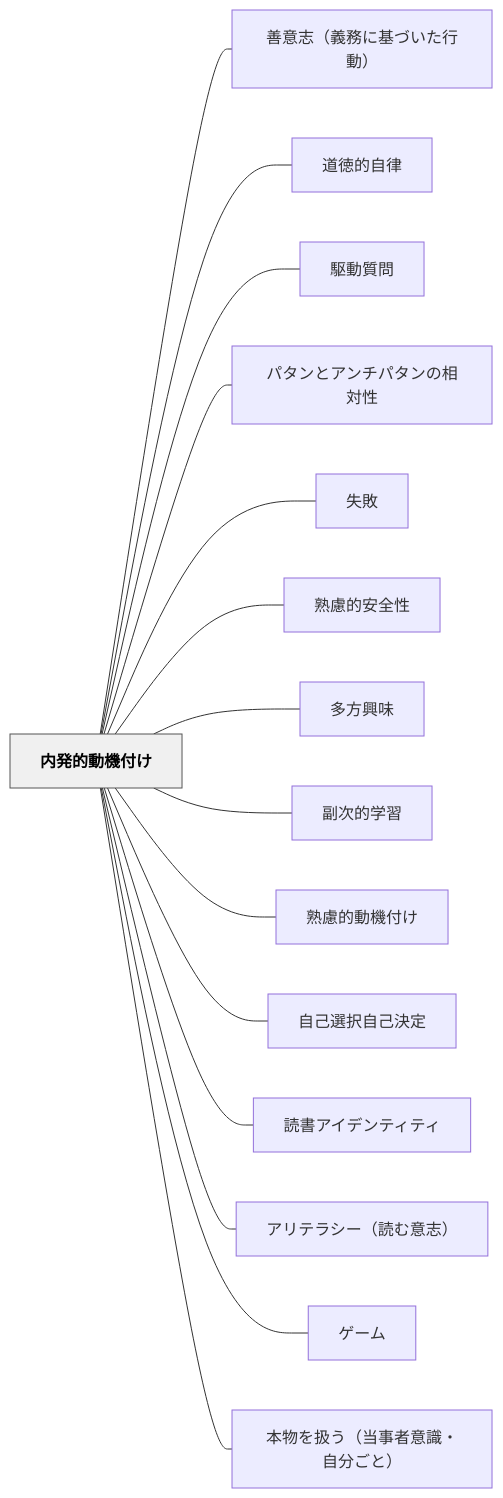
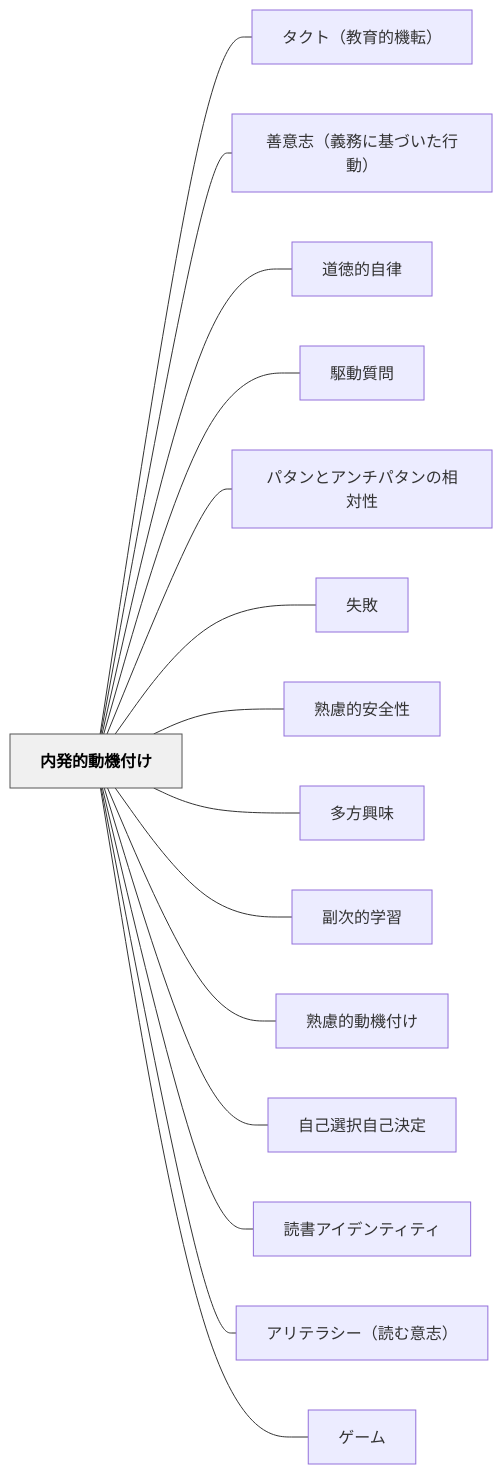
Before and after one commit to unknownthings-ed-patterns/unknownthings-ed-patterns: the diagram in content/パタン/内発的動機付け.md, drawn with Mermaid. The commit also changed other lines of this file and 12 other files, not shown here.

````diff
--- a/content/パタン/内発的動機付け.md
+++ b/content/パタン/内発的動機付け.md
@@ -226,36 +227,36 @@
 ```mermaid
 flowchart LR
     ne58685e799bae79a84e58b95e6a99fe4bb98e38191["内発的動機付け"]
+    ne382bfe382afe38388efbc88e69599e882b2e79a84e6a99fe8bba2efbc89["タクト（教育的機転）"]
     ne59684e6848fe5bf97efbc88e7bea9e58b99e381abe59fbae381a5e38184e3819fe8a18ce58b95efbc89["善意志（義務に基づいた行動）"]
     ne98193e5beb3e79a84e887aae5be8b["道徳的自律"]
     ne9a786e58b95e8b3aae5958f["駆動質問"]
     ne38391e382bfe383b3e381a8e382a2e383b3e38381e38391e382bfe383b3e381aee79bb8e5afbee680a7["パタンとアンチパタンの相対性"]
     ne5a4b1e69597["失敗"]
     ne7869fe685aee79a84e5ae89e585a8e680a7["熟慮的安全性"]
     ne5a49ae696b9e88888e591b3["多方興味"]
     ne589afe6aca1e79a84e5ada6e7bf92["副次的学習"]
     ne7869fe685aee79a84e58b95e6a99fe4bb98e38191["熟慮的動機付け"]
     ne887aae5b7b1e981b8e68a9ee887aae5b7b1e6b1bae5ae9a["自己選択自己決定"]
     ne8aaade69bb8e382a2e382a4e38387e383b3e38386e382a3e38386e382a3["読書アイデンティティ"]
     ne382a2e383aae38386e383a9e382b7e383bcefbc88e8aaade38280e6848fe5bf97efbc89["アリテラシー（読む意志）"]
     ne382b2e383bce383a0["ゲーム"]
-    ne69cace789a9e38292e689b1e38186efbc88e5bd93e4ba8be88085e6848fe8ad98e383bbe887aae58886e38194e381a8efbc89["本物を扱う（当事者意識・自分ごと）"]
 
+    ne58685e799bae79a84e58b95e6a99fe4bb98e38191 --- ne382bfe382afe38388efbc88e69599e882b2e79a84e6a99fe8bba2efbc89
     ne58685e799bae79a84e58b95e6a99fe4bb98e38191 --- ne59684e6848fe5bf97efbc88e7bea9e58b99e381abe59fbae381a5e38184e3819fe8a18ce58b95efbc89
     ne58685e799bae79a84e58b95e6a99fe4bb98e38191 --- ne98193e5beb3e79a84e887aae5be8b
     ne58685e799bae79a84e58b95e6a99fe4bb98e38191 --- ne9a786e58b95e8b3aae5958f
     ne58685e799bae79a84e58b95e6a99fe4bb98e38191 --- ne38391e382bfe383b3e381a8e382a2e383b3e38381e38391e382bfe383b3e381aee79bb8e5afbee680a7
     ne58685e799bae79a84e58b95e6a99fe4bb98e38191 --- ne5a4b1e69597
     ne58685e799bae79a84e58b95e6a99fe4bb98e38191 --- ne7869fe685aee79a84e5ae89e585a8e680a7
     ne58685e799bae79a84e58b95e6a99fe4bb98e38191 --- ne5a49ae696b9e88888e591b3
     ne58685e799bae79a84e58b95e6a99fe4bb98e38191 --- ne589afe6aca1e79a84e5ada6e7bf92
     ne58685e799bae79a84e58b95e6a99fe4bb98e38191 --- ne7869fe685aee79a84e58b95e6a99fe4bb98e38191
     ne58685e799bae79a84e58b95e6a99fe4bb98e38191 --- ne887aae5b7b1e981b8e68a9ee887aae5b7b1e6b1bae5ae9a
     ne58685e799bae79a84e58b95e6a99fe4bb98e38191 --- ne8aaade69bb8e382a2e382a4e38387e383b3e38386e382a3e38386e382a3
     ne58685e799bae79a84e58b95e6a99fe4bb98e38191 --- ne382a2e383aae38386e383a9e382b7e383bcefbc88e8aaade38280e6848fe5bf97efbc89
     ne58685e799bae79a84e58b95e6a99fe4bb98e38191 --- ne382b2e383bce383a0
-    ne58685e799bae79a84e58b95e6a99fe4bb98e38191 --- ne69cace789a9e38292e689b1e38186efbc88e5bd93e4ba8be88085e6848fe8ad98e383bbe887aae58886e38194e381a8efbc89
 
     classDef hub fill:#f0f0f0,stroke:#555,color:#000,font-weight:bold
     class ne58685e799bae79a84e58b95e6a99fe4bb98e38191 hub
 ```
````
